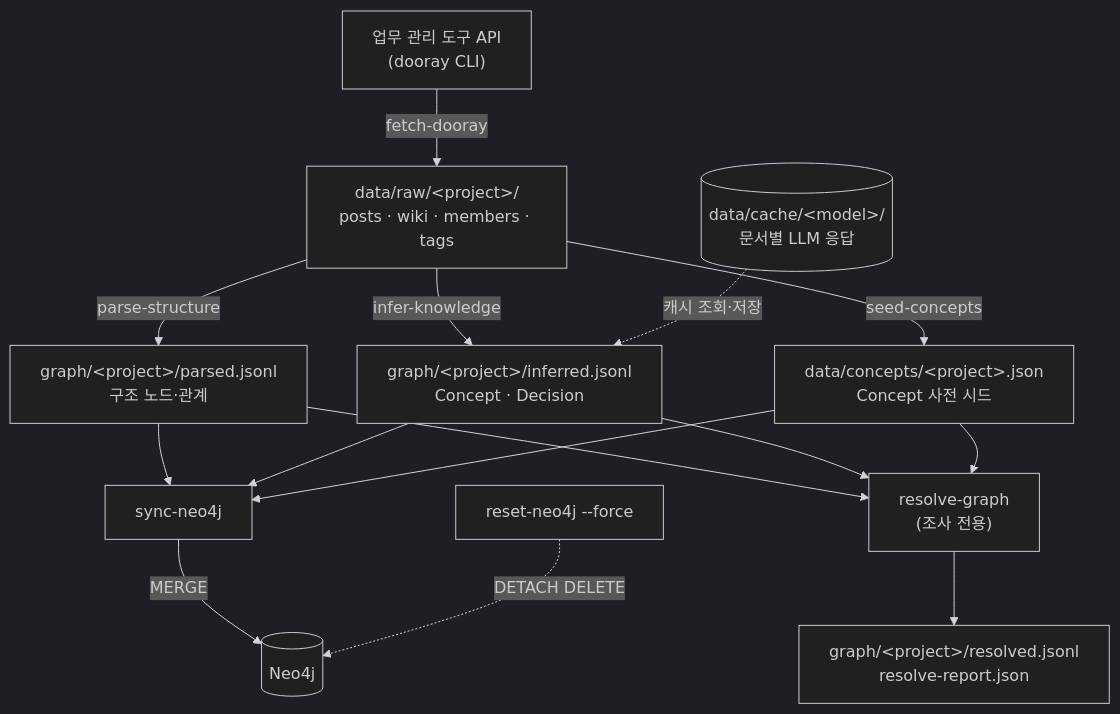
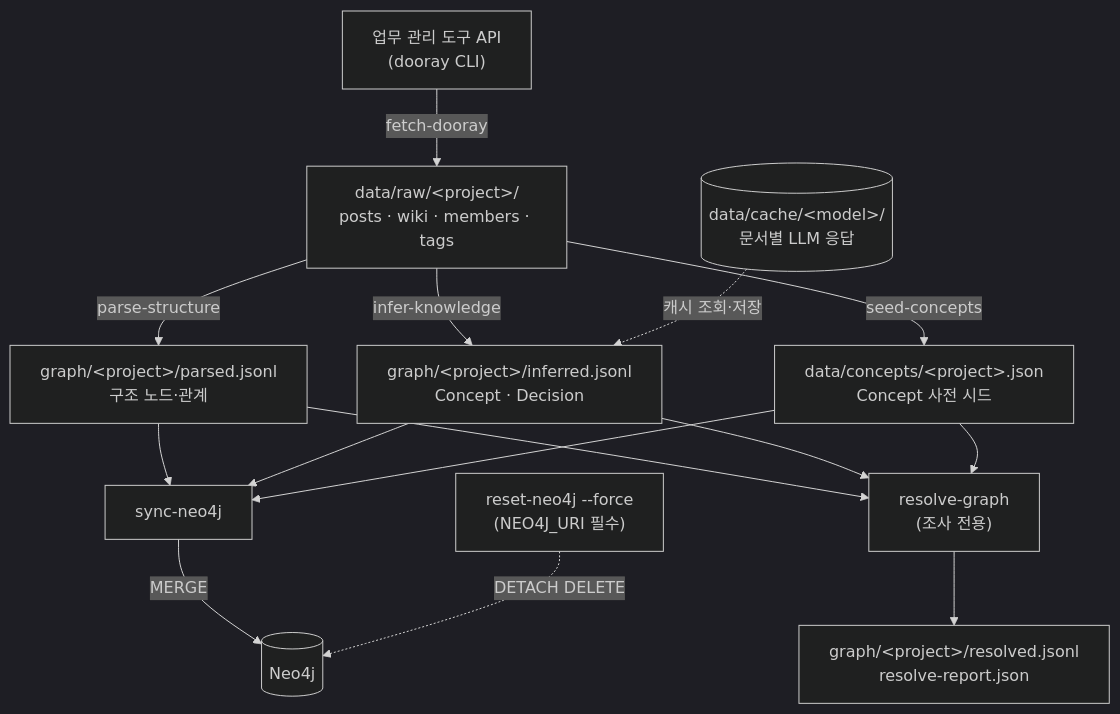
Before and after one commit to jon890/devloop-v2: the first of 2 diagrams in docs/flow.md, drawn with Mermaid (dark theme). The commit also changed other lines of this file and 5 other files, not shown here.

First line of the commit message:
수정(pipeline): reset-neo4j 가 대상을 항상 명시하게 만든다

````diff
--- a/docs/flow.md
+++ b/docs/flow.md
@@ -12,22 +12,22 @@
 ```mermaid
 flowchart TD
     D["업무 관리 도구 API<br/>(dooray CLI)"] -->|fetch-dooray| RAW["data/raw/&lt;project&gt;/<br/>posts · wiki · members · tags"]
 
     RAW -->|"seed-concepts"| DICT["data/concepts/&lt;project&gt;.json<br/>Concept 사전 시드"]
     RAW -->|"parse-structure"| PARSED["graph/&lt;project&gt;/parsed.jsonl<br/>구조 노드·관계"]
     RAW -->|"infer-knowledge"| INFERRED["graph/&lt;project&gt;/inferred.jsonl<br/>Concept · Decision"]
 
     CACHE[("data/cache/&lt;model&gt;/<br/>문서별 LLM 응답")] -.->|캐시 조회·저장| INFERRED
 
     PARSED --> SYNC["sync-neo4j"]
     INFERRED --> SYNC
     DICT --> SYNC
 
     PARSED --> RG["resolve-graph<br/>(조사 전용)"]
     INFERRED --> RG
     DICT --> RG
     RG --> RJ["graph/&lt;project&gt;/resolved.jsonl<br/>resolve-report.json"]
 
     SYNC -->|MERGE| NEO[("Neo4j")]
-    RESET["reset-neo4j --force"] -.->|DETACH DELETE| NEO
+    RESET["reset-neo4j --force<br/>(NEO4J_URI 필수)"] -.->|DETACH DELETE| NEO
 ```
````
